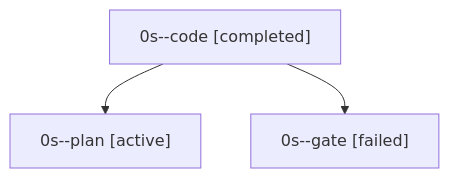
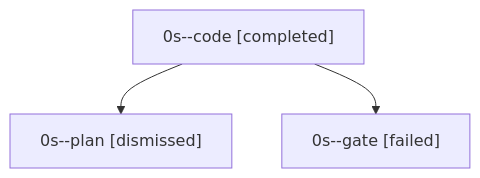
The diagram in sessions/bbugyi200.apollo.0s.md (sase-org/sase--agents), drawn with Mermaid before and after one commit. The commit also changed other lines of this file and 45 other files, not shown here.

````diff
--- a/sessions/bbugyi200.apollo.0s.md
+++ b/sessions/bbugyi200.apollo.0s.md
@@ -9,8 +9,8 @@
 ```mermaid
 flowchart TD
   n0["0s--code [completed]"]
-  n1["0s--plan [active]"]
+  n1["0s--plan [dismissed]"]
   n0 --> n1
   n2["0s--gate [failed]"]
   n0 --> n2
 ```
````
